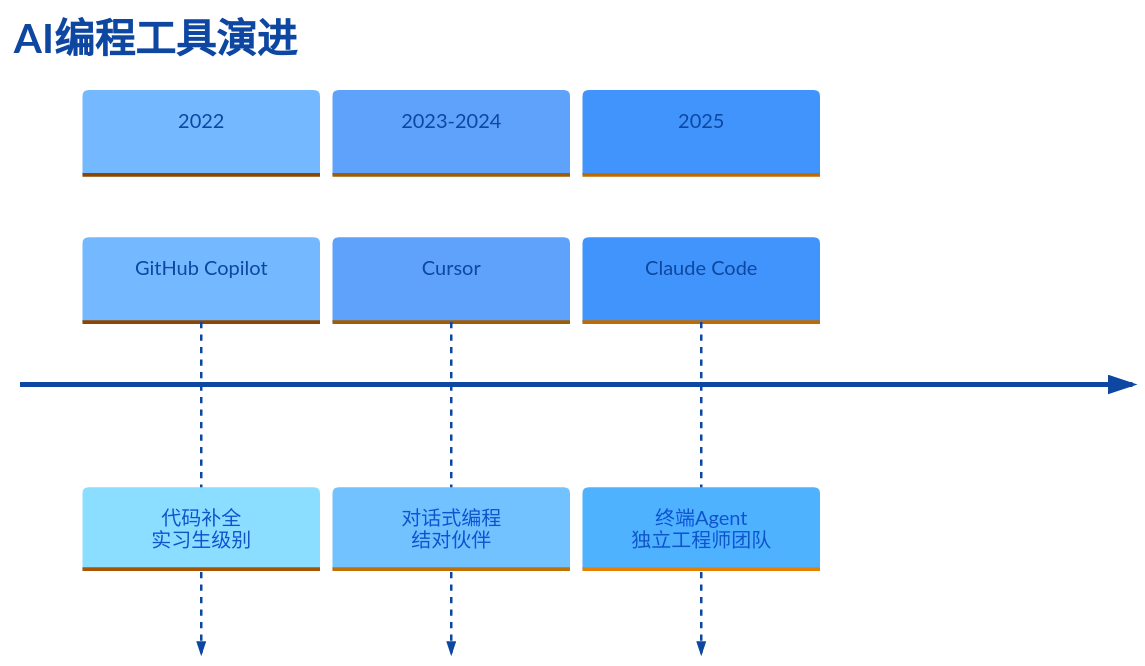
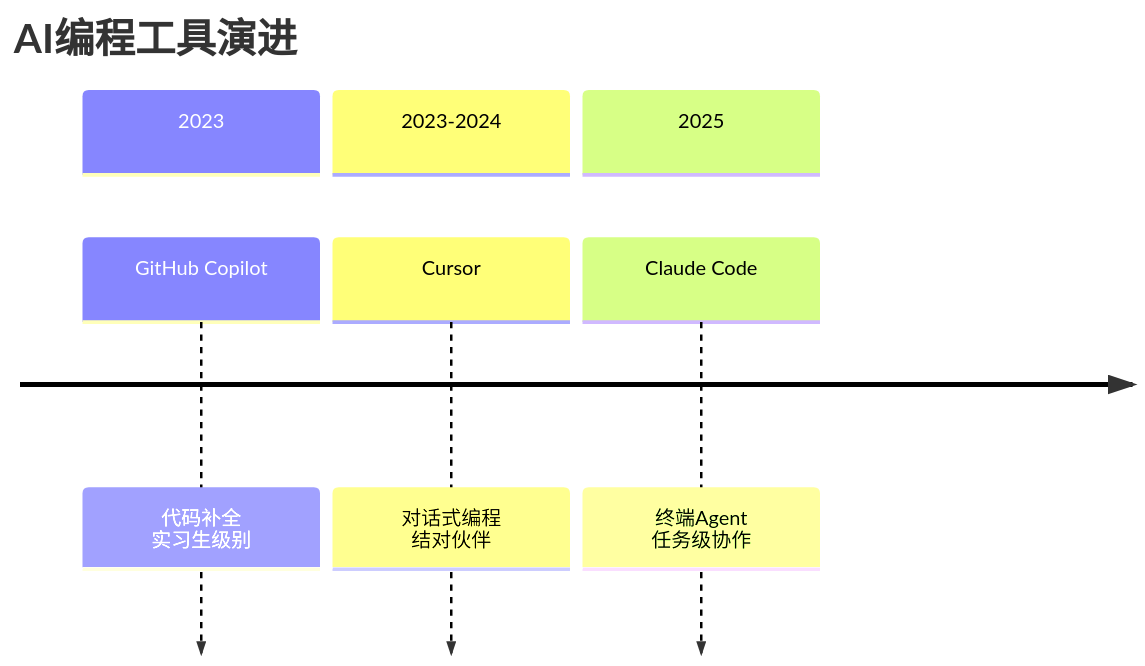
The first of 16 diagrams in docs/claude/ClaudeCodeAI编程完全指南.md (microwind/ai-skills), drawn with Mermaid before and after one commit. The commit also changed other lines of this file and 6 other files, not shown here.

````diff
--- a/docs/claude/ClaudeCodeAI编程完全指南.md
+++ b/docs/claude/ClaudeCodeAI编程完全指南.md
@@ -41,11 +13,22 @@
 ```mermaid
-%%{init: {'theme': 'base', 'themeVariables': { 'background': '#f0f7ff', 'secondaryColor': '#dbeafe', 'tertiaryColor': '#bfdbfe', 'primaryColor': '#f3f9ff', 'primaryTextColor': '#0d47a1', 'primaryBorderColor': '#2196f3', 'lineColor': '#42a5f5', 'fillType0': '#e3f2fd', 'fillType1': '#bbdefb', 'fillType2': '#90caf9' }}}%%
+%%{init: {'theme': 'base', 'themeVariables': {
+  'background': '#F9F9FB',        // 极浅灰白底色
+  'secondaryColor': '#FFCDD2',    // 浅红色
+  'tertiaryColor': '#C8E6C9',     // 浅绿色
+  'primaryColor': '#BBDEFB',      // 浅蓝色
+  'primaryTextColor': '#1E1E2F',  // 深灰文字
+  'primaryBorderColor': '#90A4AE', // 中性灰边框
+  'lineColor': '#78909C',         // 柔和连线色
+  'fillType0': '#FFCDD2',         // 浅红填充
+  'fillType1': '#C8E6C9',         // 浅绿填充
+  'fillType2': '#BBDEFB'          // 浅蓝填充
+}}}%%
 timeline
     title AI编程工具演进
-    section 2022
+    section 2023
         GitHub Copilot : 代码补全<br>实习生级别
     section 2023-2024
         Cursor : 对话式编程<br>结对伙伴
     section 2025
-        Claude Code : 终端Agent<br>独立工程师团队
+        Claude Code : 终端Agent<br>任务级协作
 ```
````
